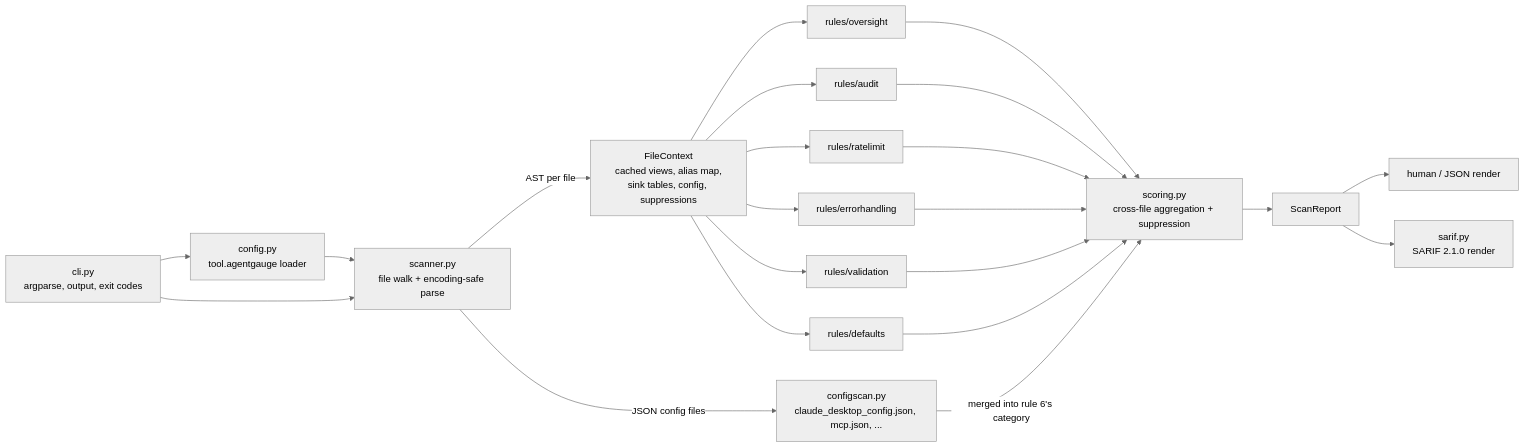
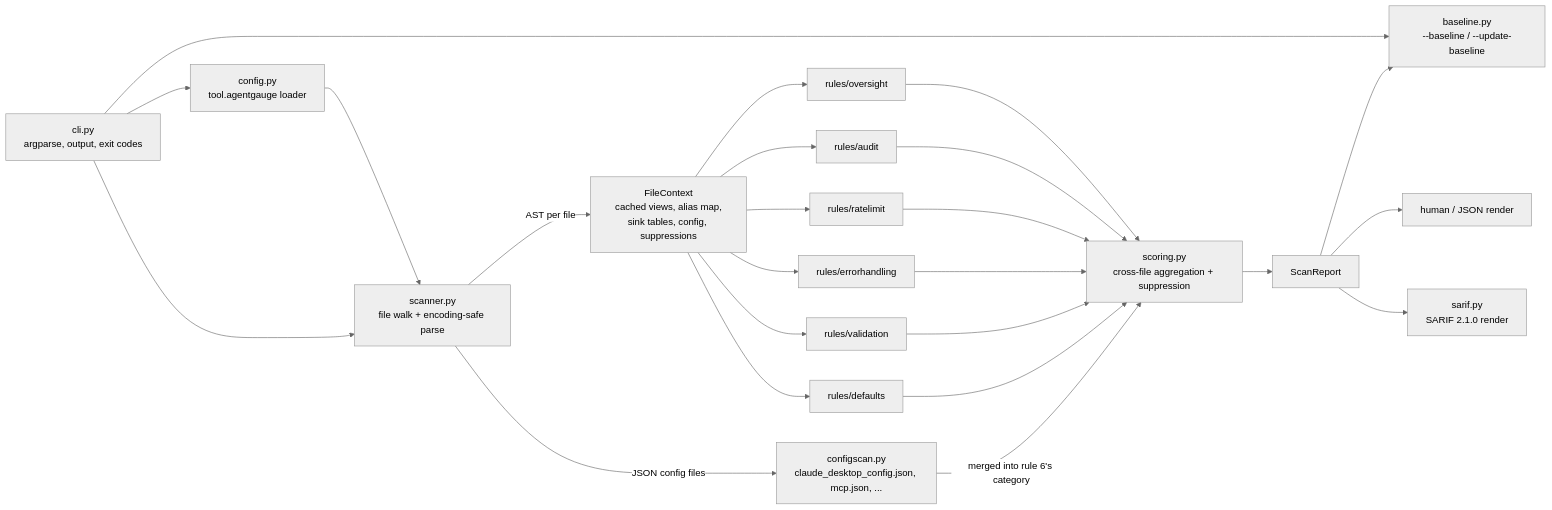
The diagram in README.md (PreethamNoelP/agentgauge), drawn with Mermaid (neutral theme) before and after one commit. The commit also changed other lines of this file and 8 other files, not shown here.

````diff
--- a/README.md
+++ b/README.md
@@ -129,19 +129,21 @@
 ```mermaid
 flowchart LR
     CFG[config.py<br/>tool.agentgauge loader] --> SC
     CLI[cli.py<br/>argparse, output, exit codes] --> SC[scanner.py<br/>file walk + encoding-safe parse]
     CLI --> CFG
+    CLI --> BL[baseline.py<br/>--baseline / --update-baseline]
     SC -->|AST per file| CTX[FileContext<br/>cached views, alias map,<br/>sink tables, config, suppressions]
     SC -->|JSON config files| JCS[configscan.py<br/>claude_desktop_config.json, mcp.json, ...]
     CTX --> R1[rules/oversight]
     CTX --> R2[rules/audit]
     CTX --> R3[rules/ratelimit]
     CTX --> R4[rules/errorhandling]
     CTX --> R5[rules/validation]
     CTX --> R6[rules/defaults]
     R1 & R2 & R3 & R4 & R5 & R6 --> AG[scoring.py<br/>cross-file aggregation + suppression]
     JCS -->|merged into rule 6's category| AG
     AG --> REP[ScanReport]
+    REP --> BL
     REP --> OUT1[human / JSON render]
     REP --> OUT2[sarif.py<br/>SARIF 2.1.0 render]
 ```
````
